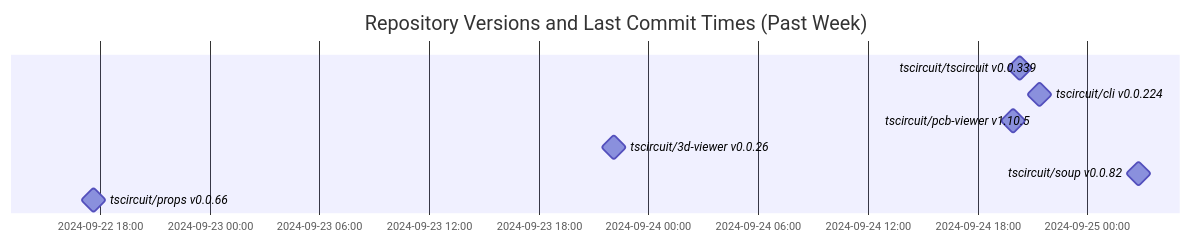
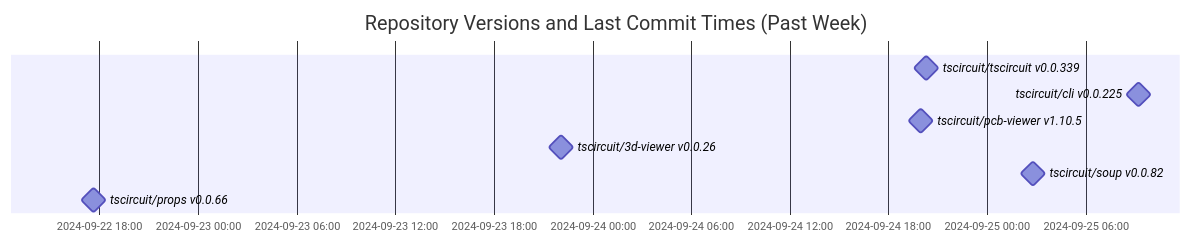
One commit to tscircuit/version-tracker changed the diagram in README.md. Above: the diagram before and after it, drawn with Mermaid.

Commit message:
Update chart

````diff
--- a/README.md
+++ b/README.md
@@ -1,13 +1,13 @@
 ```mermaid
 gantt
   dateFormat  YYYY-MM-DD HH:mm:ss
   title Repository Versions and Last Commit Times (Past Week)
   axisFormat %Y-%m-%d %H:%M
 
   tscircuit/tscircuit v0.0.339 : milestone, 2024-09-24 20:18:14, 1s
-  tscircuit/cli v0.0.224 : milestone, 2024-09-24 21:23:00, 1s
+  tscircuit/cli v0.0.225 : milestone, 2024-09-25 09:13:35, 1s
   tscircuit/pcb-viewer v1.10.5 : milestone, 2024-09-24 19:58:10, 1s
   tscircuit/3d-viewer v0.0.26 : milestone, 2024-09-23 22:06:33, 1s
   tscircuit/soup v0.0.82 : milestone, 2024-09-25 02:48:20, 1s
   tscircuit/props v0.0.66 : milestone, 2024-09-22 17:38:44, 1s
 ```
````
